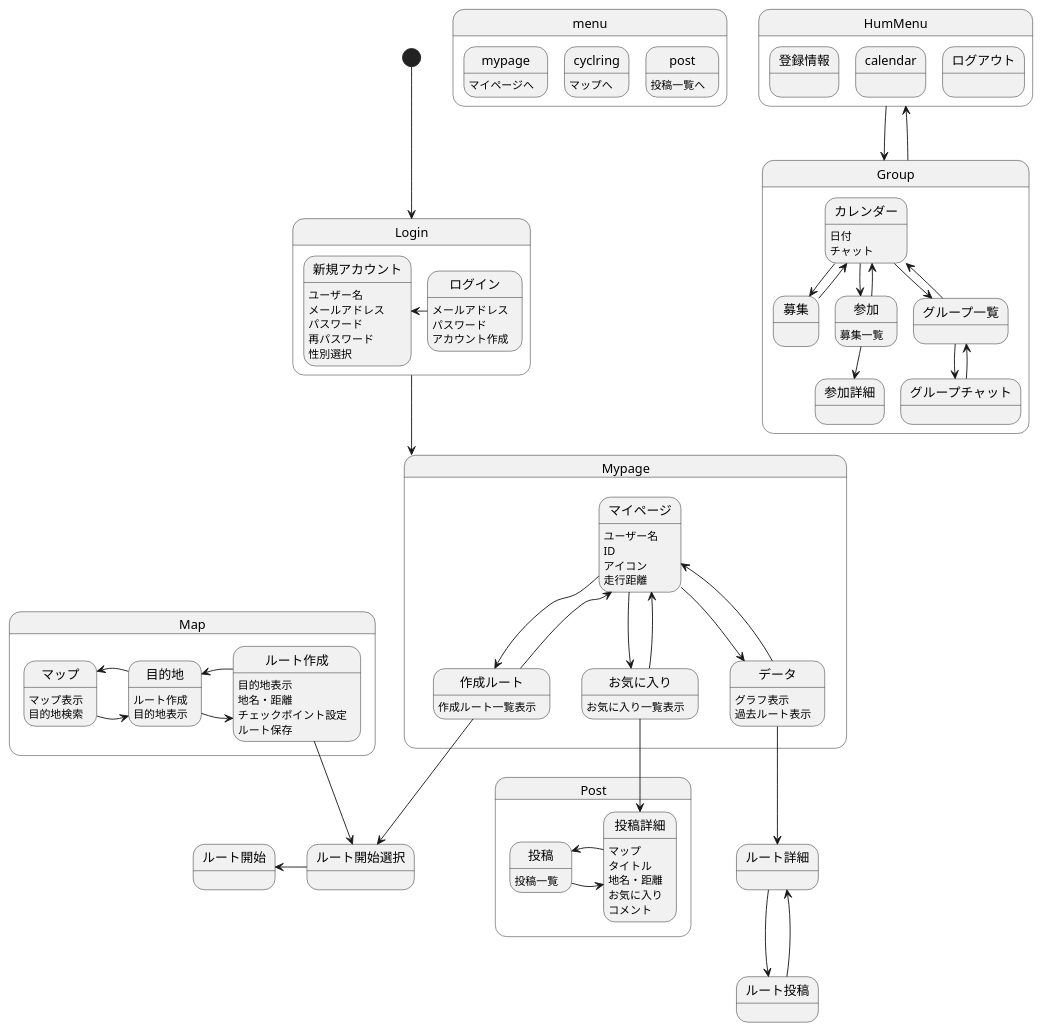
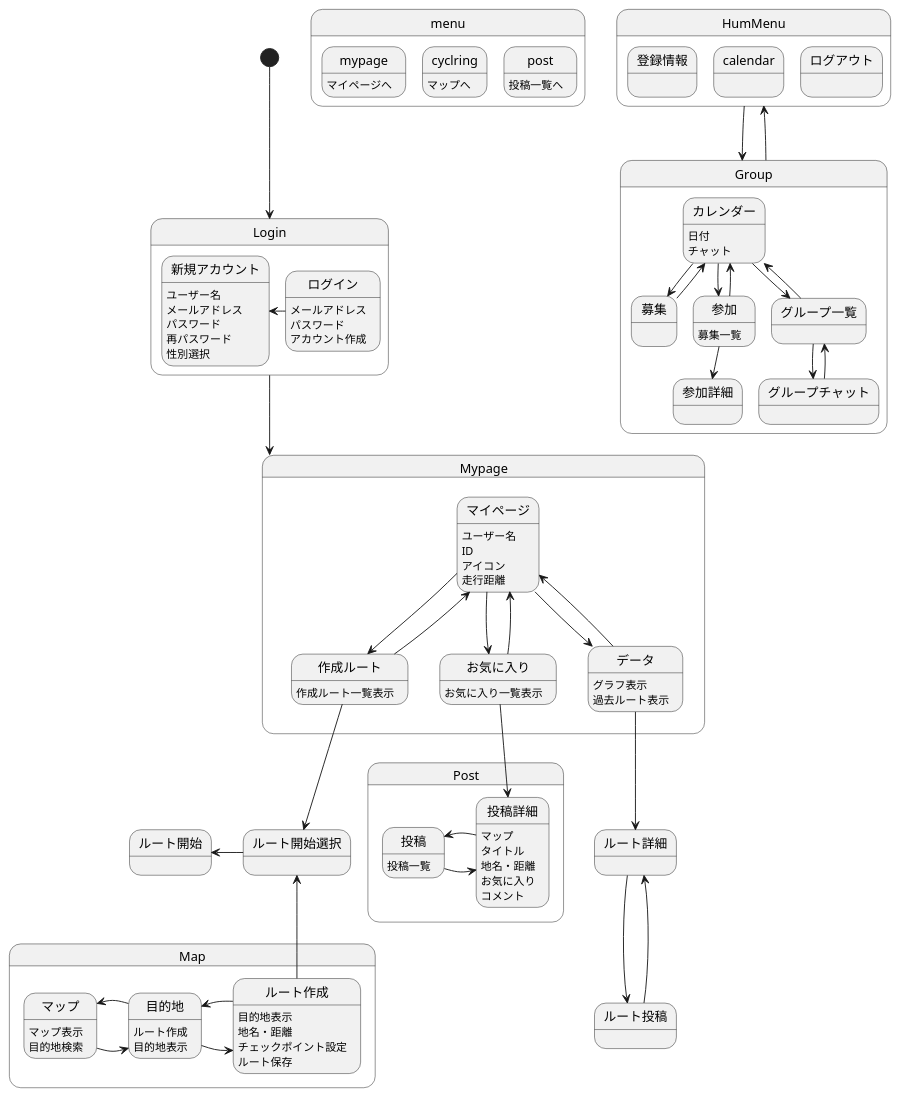
Before and after one commit to AsoSD3A3/CyclingSystem: the diagram in 画面遷移図/gm.md, drawn with PlantUML.

```diff
--- a/画面遷移図/gm.md
+++ b/画面遷移図/gm.md
@@ -83,7 +83,7 @@
 }
 
 作成ルート-down->ルート開始選択
-ルート作成-->ルート開始選択
+ルート作成-up->ルート開始選択
 ルート開始選択-left->ルート開始
 
 state Post{
```
